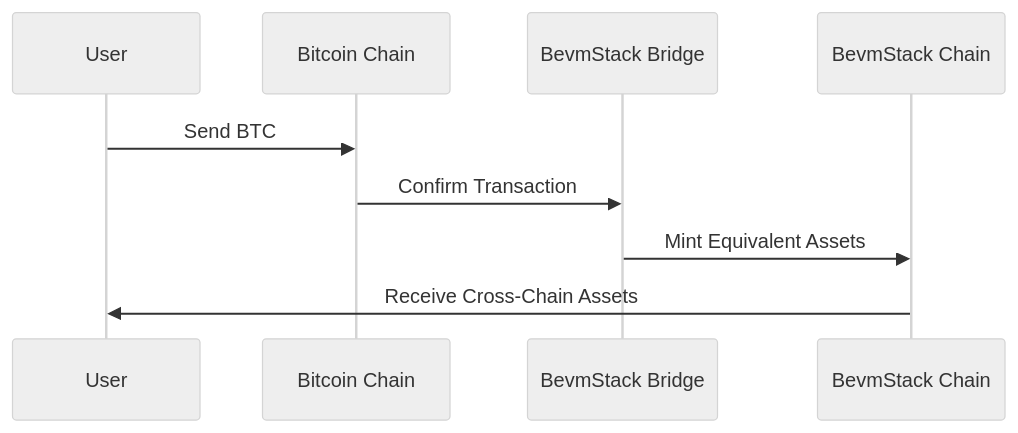
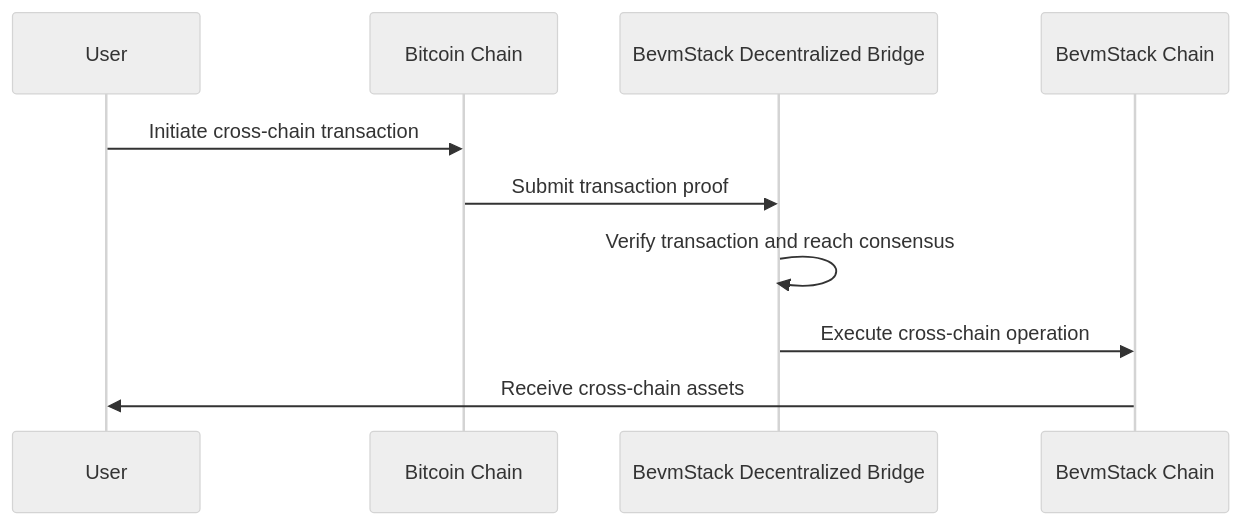
One commit to btclayer2/BEVM-Stack changed the fourth of 8 diagrams in README.md. Above: the diagram before and after it, drawn with Mermaid (neutral theme). The commit also changed other lines of this file, not shown here.

````diff
--- a/README.md
+++ b/README.md
@@ -154,12 +154,13 @@
 ```mermaid
 sequenceDiagram
   participant User
   participant Bitcoin Chain
-  participant BevmStack Bridge
+  participant BevmStack Decentralized Bridge
   participant BevmStack Chain
 
-  User->>Bitcoin Chain: Send BTC
-  Bitcoin Chain->>BevmStack Bridge: Confirm Transaction
-  BevmStack Bridge->>BevmStack Chain: Mint Equivalent Assets
-  BevmStack Chain->>User: Receive Cross-Chain Assets
+  User->>Bitcoin Chain: Initiate cross-chain transaction
+  Bitcoin Chain->>BevmStack Decentralized Bridge: Submit transaction proof
+  BevmStack Decentralized Bridge->>BevmStack Decentralized Bridge: Verify transaction and reach consensus
+  BevmStack Decentralized Bridge->>BevmStack Chain: Execute cross-chain operation
+  BevmStack Chain->>User: Receive cross-chain assets
 ```
````
